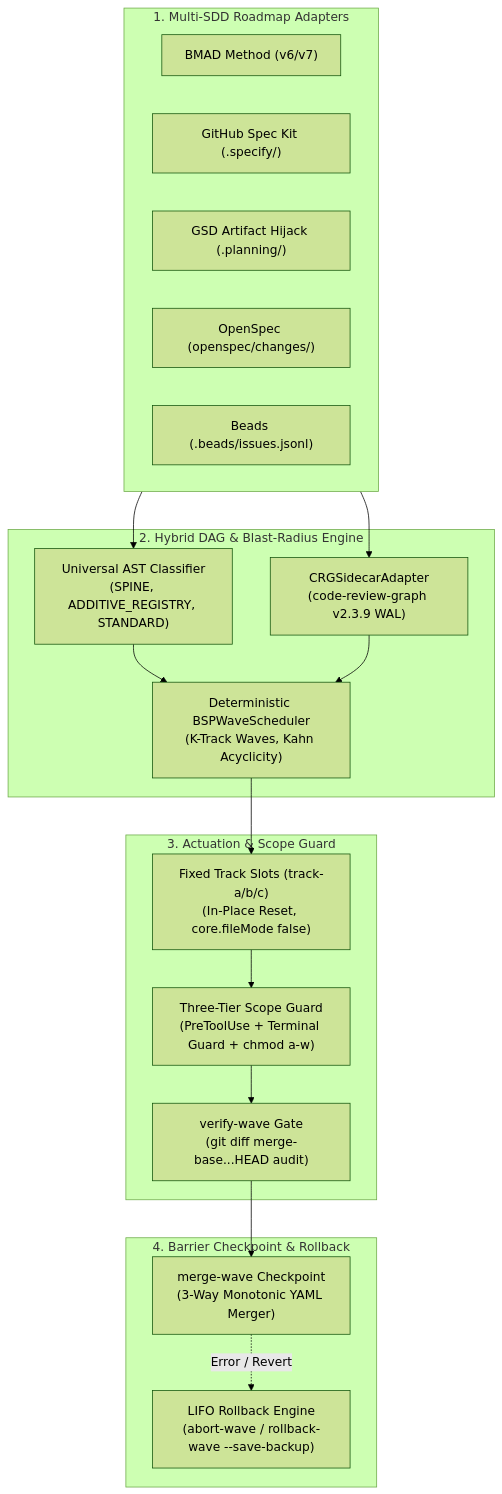
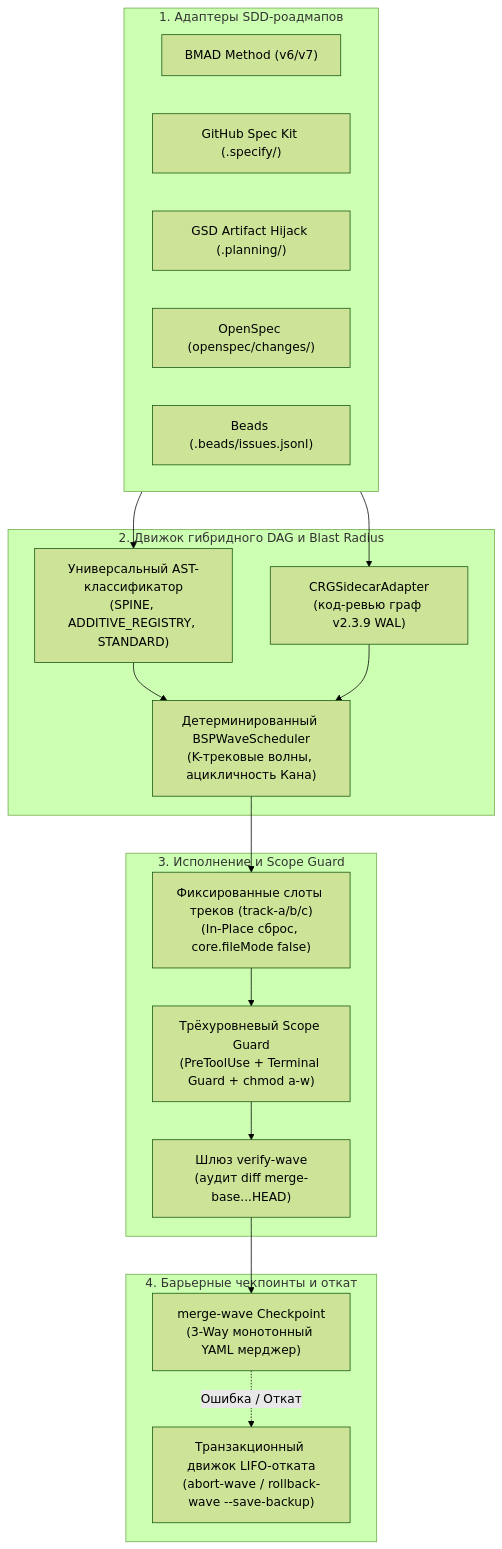
One commit to stopActingSoSmall/sdd-parallel changed the second of 2 diagrams in docs/i18n/ru/README.md. Above: the diagram before and after it, drawn with Mermaid (forest theme). The commit also changed other lines of this file and 5 other files, not shown here.

````diff
--- a/docs/i18n/ru/README.md
+++ b/docs/i18n/ru/README.md
@@ -157,34 +264,42 @@
 ```mermaid
 flowchart TD
-    subgraph Inputs["1. Multi-SDD Roadmap Adapters"]
+    subgraph Inputs["1. Адаптеры SDD-роадмапов"]
         BMAD["BMAD Method (v6/v7)"]
         SpecKit["GitHub Spec Kit (.specify/)"]
         GSD["GSD Artifact Hijack (.planning/)"]
         OpenSpec["OpenSpec (openspec/changes/)"]
         Beads["Beads (.beads/issues.jsonl)"]
     end
 
-    subgraph Engine["2. Hybrid DAG & Blast-Radius Engine"]
-        AST["Universal AST Classifier\n(SPINE, ADDITIVE_REGISTRY, STANDARD)"]
-        CRG["CRGSidecarAdapter\n(code-review-graph v2.3.9 WAL)"]
-        BSP["Deterministic BSPWaveScheduler\n(K-Track Waves, Kahn Acyclicity)"]
+    subgraph Engine["2. Движок гибридного DAG и Blast Radius"]
+        AST["Универсальный AST-классификатор
+(SPINE, ADDITIVE_REGISTRY, STANDARD)"]
+        CRG["CRGSidecarAdapter
+(код-ревью граф v2.3.9 WAL)"]
+        BSP["Детерминированный BSPWaveScheduler
+(K-трековые волны, ацикличность Кана)"]
     end
 
-    subgraph Actuation["3. Actuation & Scope Guard"]
-        Slots["Fixed Track Slots (track-a/b/c)\n(In-Place Reset, core.fileMode false)"]
-        Guard["Three-Tier Scope Guard\n(PreToolUse + Terminal Guard + chmod a-w)"]
-        Verify["verify-wave Gate\n(git diff merge-base...HEAD audit)"]
+    subgraph Actuation["3. Исполнение и Scope Guard"]
+        Slots["Фиксированные слоты треков (track-a/b/c)
+(In-Place сброс, core.fileMode false)"]
+        Guard["Трёхуровневый Scope Guard
+(PreToolUse + Terminal Guard + chmod a-w)"]
+        Verify["Шлюз verify-wave
+(аудит diff merge-base...HEAD)"]
     end
 
-    subgraph Barrier["4. Barrier Checkpoint & Rollback"]
-        Merge["merge-wave Checkpoint\n(3-Way Monotonic YAML Merger)"]
-        Rollback["LIFO Rollback Engine\n(abort-wave / rollback-wave --save-backup)"]
+    subgraph Barrier["4. Барьерные чекпоинты и откат"]
+        Merge["merge-wave Checkpoint
+(3-Way монотонный YAML мерджер)"]
+        Rollback["Транзакционный движок LIFO-отката
+(abort-wave / rollback-wave --save-backup)"]
     end
 
     Inputs --> AST & CRG
     AST & CRG --> BSP
     BSP --> Slots
     Slots --> Guard --> Verify
     Verify --> Merge
-    Merge -. Error / Revert .-> Rollback
+    Merge -. Ошибка / Откат .-> Rollback
 ```
````
